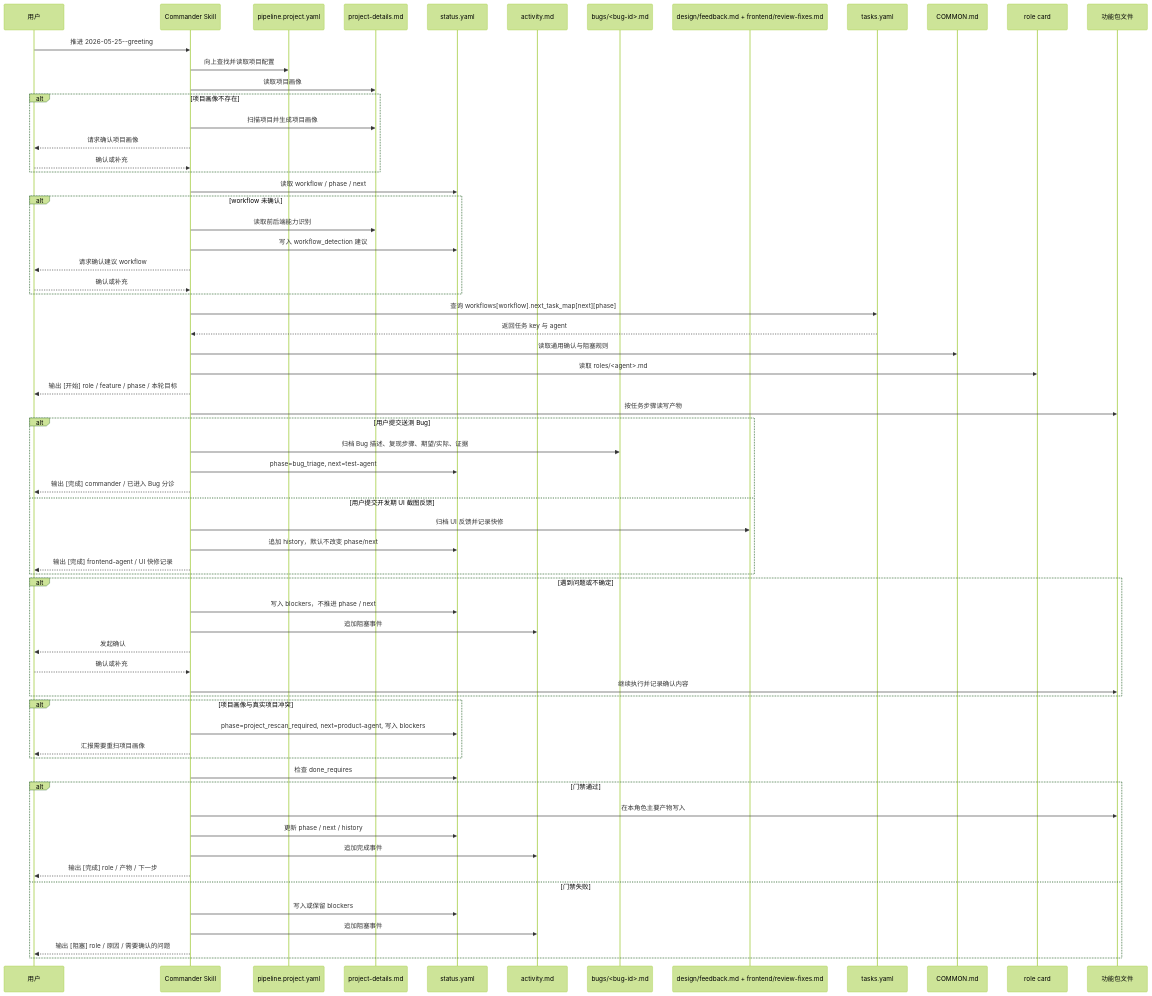
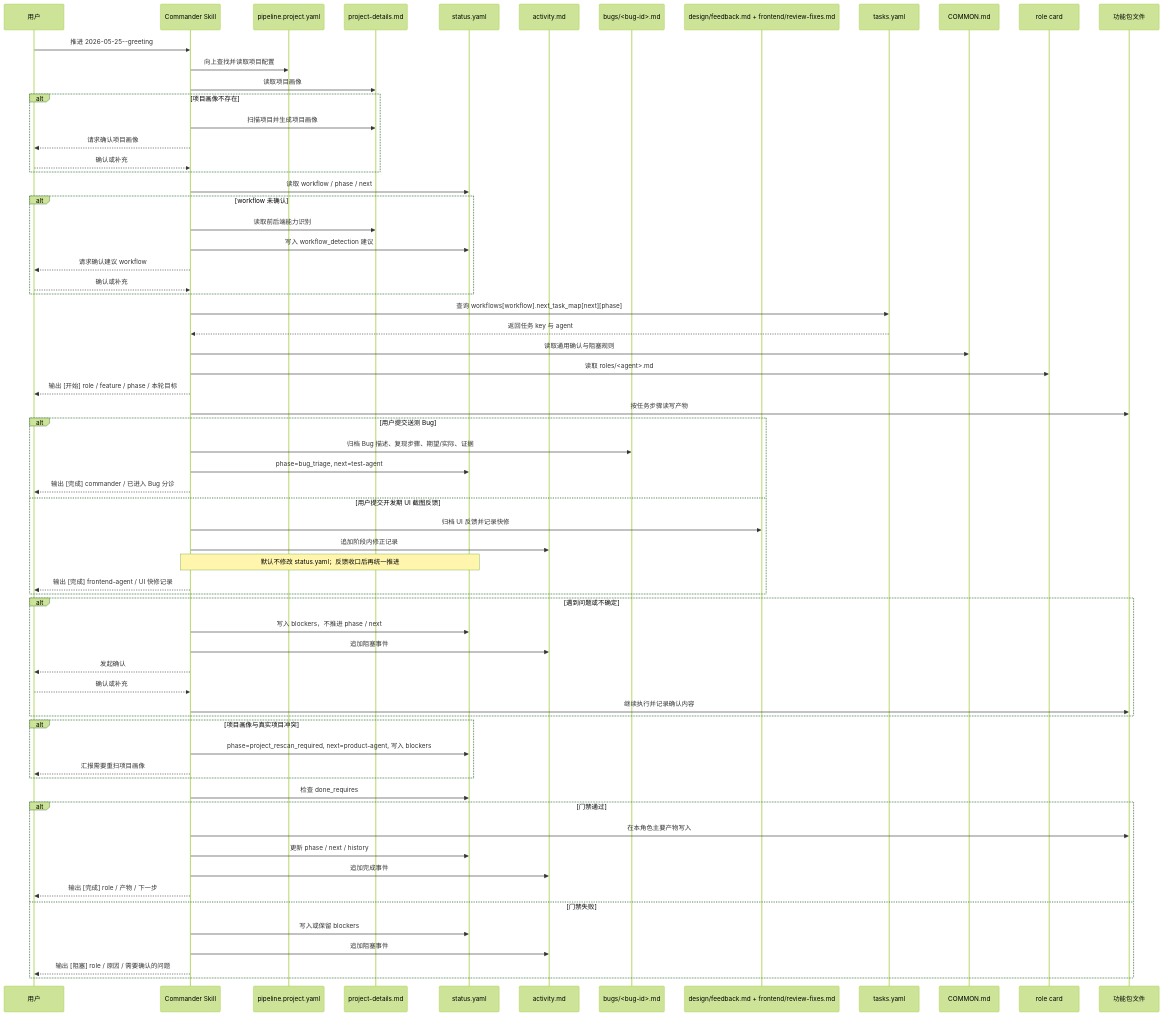
Before and after one commit to Jasmine-dong/skill_flow: the second of 6 diagrams in docs/ARCHITECTURE.md, drawn with Mermaid (forest theme). The commit also changed other lines of this file and 10 other files, not shown here.

````diff
--- a/docs/ARCHITECTURE.md
+++ b/docs/ARCHITECTURE.md
@@ -46,68 +46,69 @@
 ```mermaid
 sequenceDiagram
   participant U as 用户
   participant C as Commander Skill
   participant P as pipeline.project.yaml
   participant K as project-details.md
   participant S as status.yaml
   participant A as activity.md
   participant B as bugs/<bug-id>.md
   participant UI as design/feedback.md + frontend/review-fixes.md
   participant T as tasks.yaml
   participant G as COMMON.md
   participant R as role card
   participant F as 功能包文件
 
   U->>C: 推进 2026-05-25--greeting
   C->>P: 向上查找并读取项目配置
   C->>K: 读取项目画像
   alt 项目画像不存在
     C->>K: 扫描项目并生成项目画像
     C-->>U: 请求确认项目画像
     U-->>C: 确认或补充
   end
   C->>S: 读取 workflow / phase / next
   alt workflow 未确认
     C->>K: 读取前后端能力识别
     C->>S: 写入 workflow_detection 建议
     C-->>U: 请求确认建议 workflow
     U-->>C: 确认或补充
   end
   C->>T: 查询 workflows[workflow].next_task_map[next][phase]
   T-->>C: 返回任务 key 与 agent
   C->>G: 读取通用确认与阻塞规则
   C->>R: 读取 roles/<agent>.md
   C-->>U: 输出 [开始] role / feature / phase / 本轮目标
   C->>F: 按任务步骤读写产物
   alt 用户提交送测 Bug
     C->>B: 归档 Bug 描述、复现步骤、期望/实际、证据
     C->>S: phase=bug_triage, next=test-agent
     C-->>U: 输出 [完成] commander / 已进入 Bug 分诊
   else 用户提交开发期 UI 截图反馈
     C->>UI: 归档 UI 反馈并记录快修
-    C->>S: 追加 history，默认不改变 phase/next
+    C->>A: 追加阶段内修正记录
+    Note over C,S: 默认不修改 status.yaml；反馈收口后再统一推进
     C-->>U: 输出 [完成] frontend-agent / UI 快修记录
   end
   alt 遇到问题或不确定
     C->>S: 写入 blockers，不推进 phase / next
     C->>A: 追加阻塞事件
     C-->>U: 发起确认
     U-->>C: 确认或补充
     C->>F: 继续执行并记录确认内容
   end
   alt 项目画像与真实项目冲突
     C->>S: phase=project_rescan_required, next=product-agent, 写入 blockers
     C-->>U: 汇报需要重扫项目画像
   end
   C->>S: 检查 done_requires
   alt 门禁通过
     C->>F: 在本角色主要产物写入 ## Handoff
     C->>S: 更新 phase / next / history
     C->>A: 追加完成事件
     C-->>U: 输出 [完成] role / 产物 / 下一步
   else 门禁失败
     C->>S: 写入或保留 blockers
     C->>A: 追加阻塞事件
     C-->>U: 输出 [阻塞] role / 原因 / 需要确认的问题
   end
 ```
````
